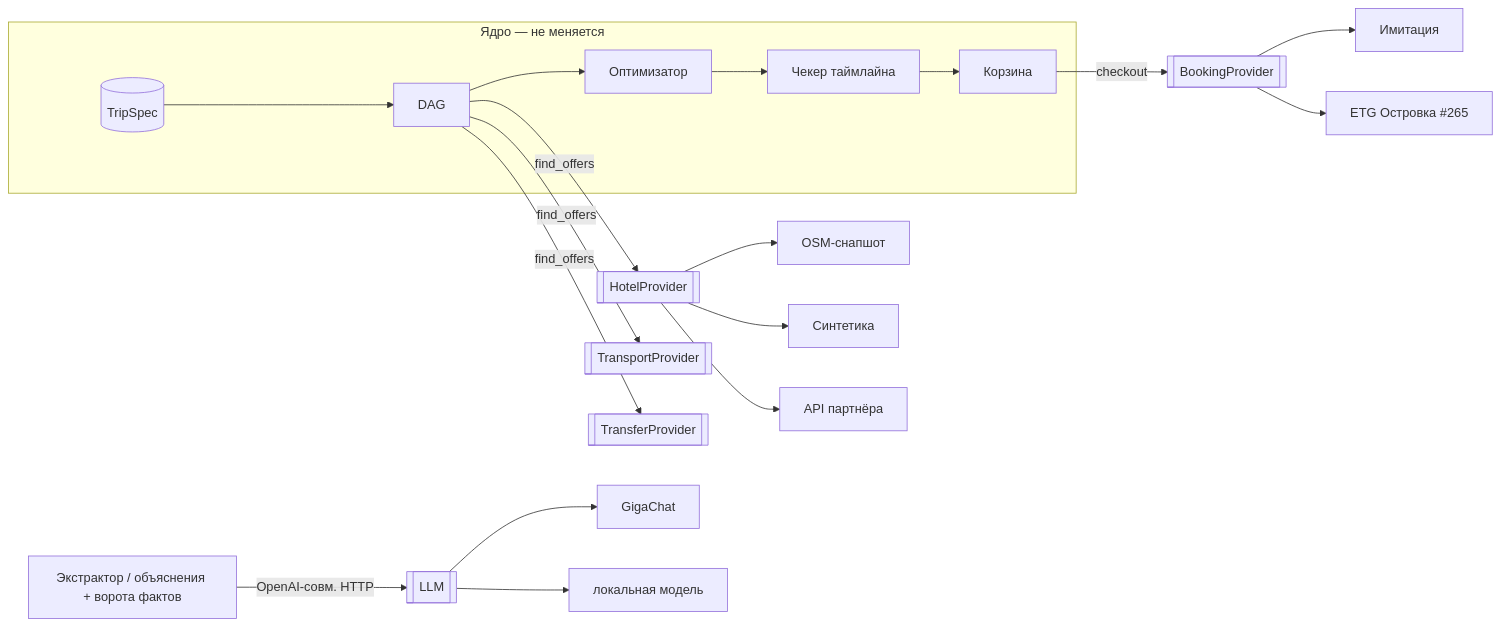
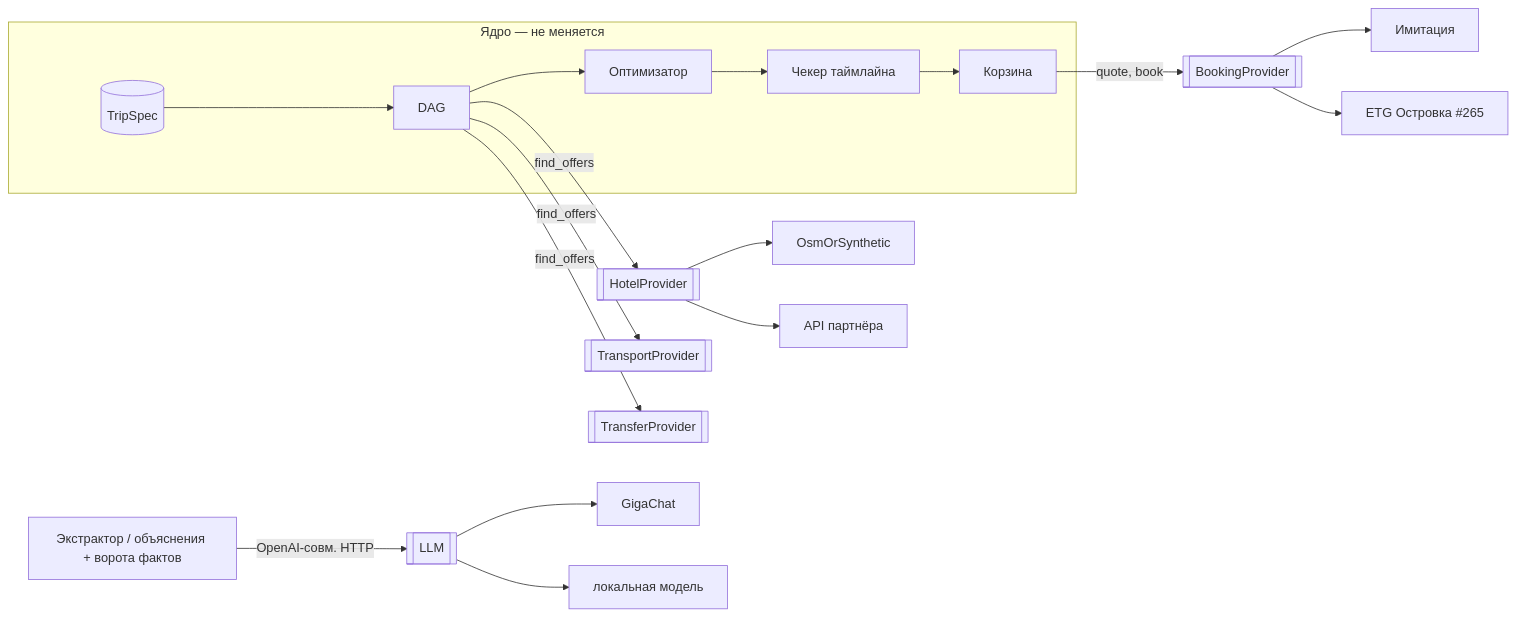
Before and after one commit to Ivana-banana/Ostrovok: the diagram in docs/adr/ADR-0002-porty-i-adaptery.md, drawn with Mermaid. The commit also changed other lines of this file and 1 other file, not shown here.

````diff
--- a/docs/adr/ADR-0002-porty-i-adaptery.md
+++ b/docs/adr/ADR-0002-porty-i-adaptery.md
@@ -23,12 +27,12 @@
 ```mermaid
 flowchart LR
   subgraph Ядро [Ядро — не меняется]
     SPEC[(TripSpec)] --> DAG[DAG] --> OPT[Оптимизатор] --> TL[Чекер таймлайна] --> CART[Корзина]
   end
   DAG -- find_offers --> HP[[HotelProvider]] & TP[[TransportProvider]] & XP[[TransferProvider]]
-  CART -- checkout --> BP[[BookingProvider]]
+  CART -- quote, book --> BP[[BookingProvider]]
   X[Экстрактор / объяснения + ворота фактов] -- OpenAI-совм. HTTP --> LP[[LLM]]
-  HP --> A1[OSM-снапшот] & A2[Синтетика] & A3[API партнёра]
+  HP --> A1[OsmOrSynthetic] & A3[API партнёра]
   BP --> B1[Имитация] & B2[ETG Островка #265]
   LP --> L1[GigaChat] & L2[локальная модель]
 ```
````
